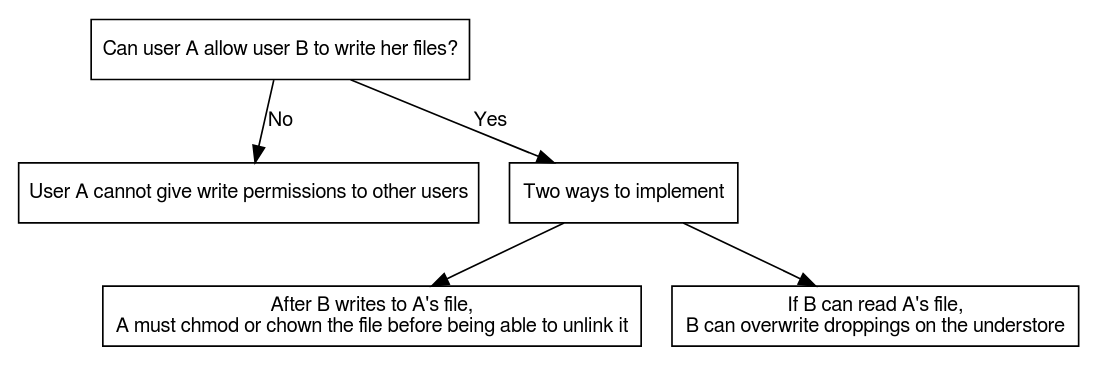
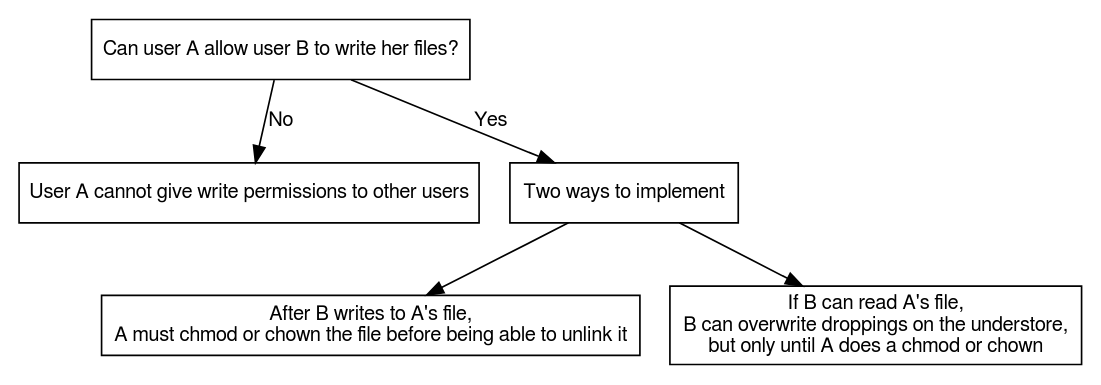
One commit to plfs/plfs-documents changed the diagram in design_choices/other_writes/state.dot. Above: the diagram before and after it, drawn with Graphviz. The commit also changed 1 other file, not shown here.

```diff
--- a/design_choices/other_writes/state.dot
+++ b/design_choices/other_writes/state.dot
@@ -1,17 +1,17 @@
 
 digraph G
 {
   //bgcolor="transparent"
   //edge [fontname="FreeSans",fontsize="10",labelfontname="FreeSans",labelfontsize="10"]
   node [fontname="FreeSans",fontsize="12",shape=record]
   edge [fontname="FreeSans",fontsize="12"]
   A [label="Can user A allow user B to write her files?"]
   B [label="User A cannot give write permissions to other users"]
   C [label="Two ways to implement"]
   D [label="After B writes to A's file, \nA must chmod or chown the file before being able to unlink it"]
-  E [label="If B can read A's file, \nB can overwrite droppings on the understore"]
+  E [label="If B can read A's file, \nB can overwrite droppings on the understore,\n but only until A does a chmod or chown"]
   A -> B [label="No"]
   A -> C [label="Yes"]
   C -> D
   C -> E 
 }
```
